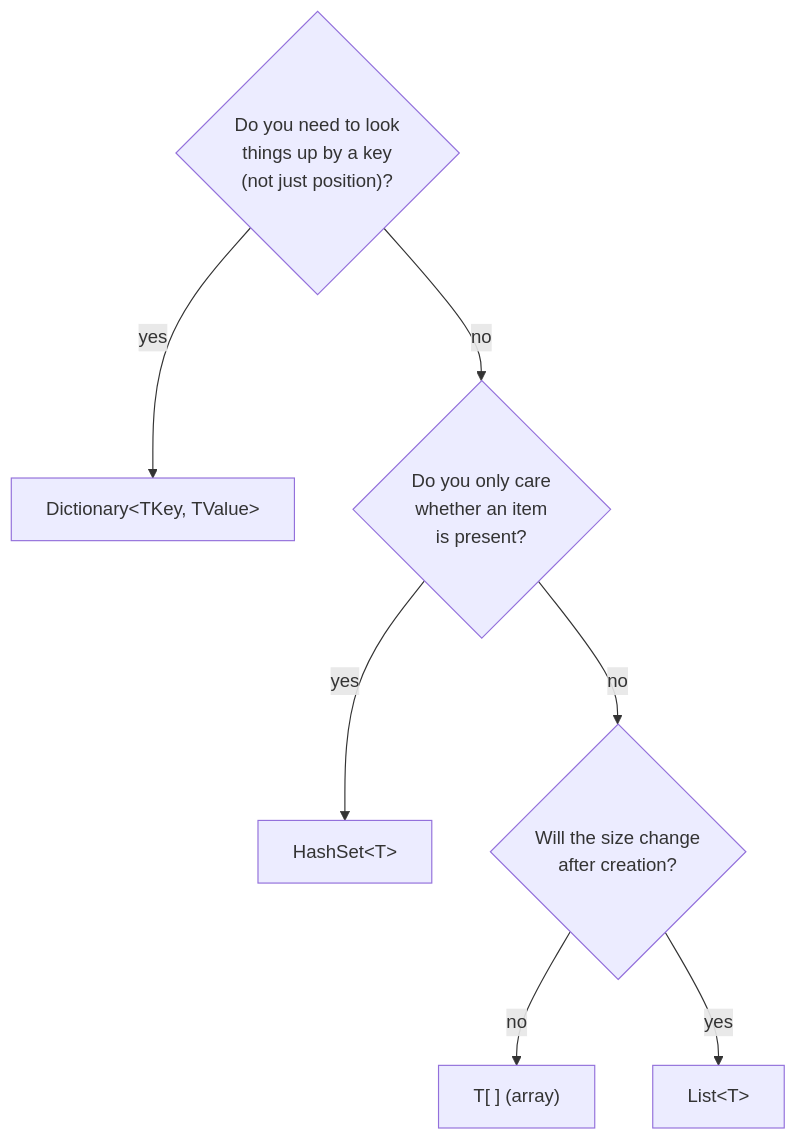
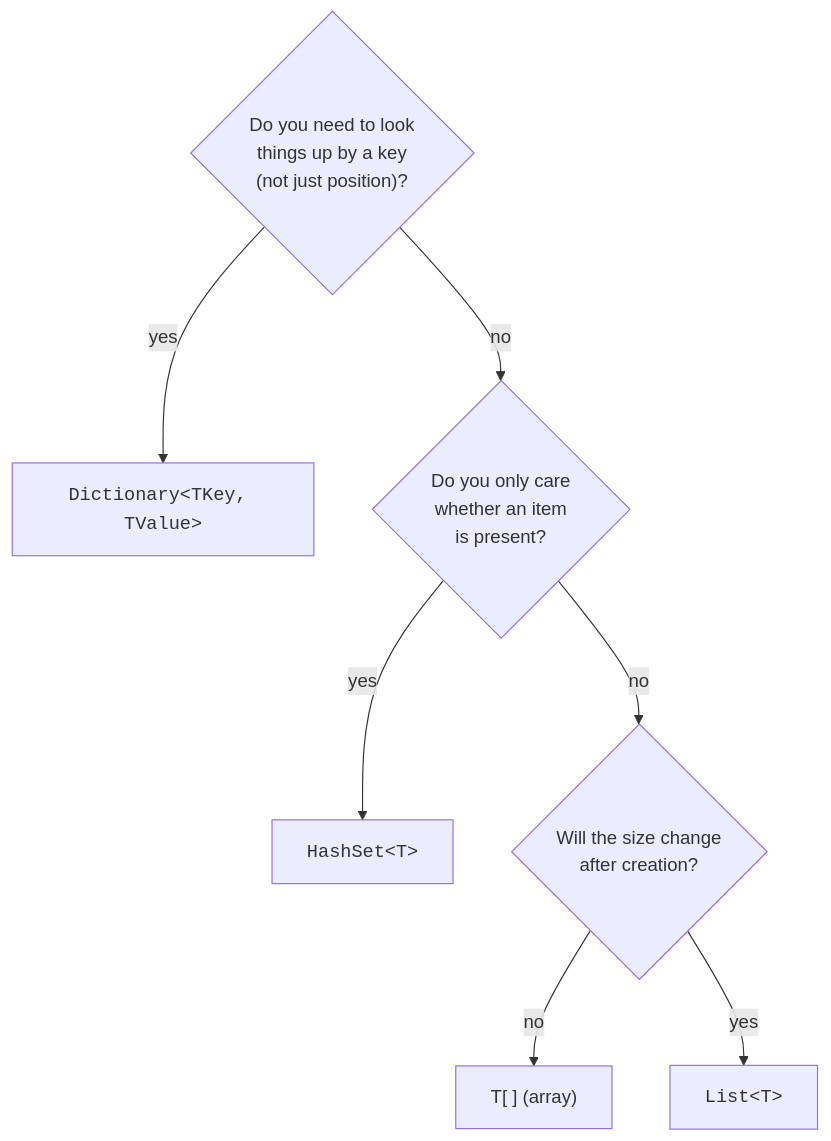
Before and after one commit to dataslope/dataslope: the diagram in content/learn/intro-modern-csharp/collections.mdx, drawn with Mermaid. The commit also changed 153 other files, not shown here.

First line of the commit message:
Render code-only mermaid shapes in monospace; convert step sequences to Steps

````diff
--- a/content/learn/intro-modern-csharp/collections.mdx
+++ b/content/learn/intro-modern-csharp/collections.mdx
@@ -136,10 +136,10 @@
 ```mermaid
 flowchart TD
     Q1{"Do you need to look<br/>things up by a key<br/>(not just position)?"}
-    Q1 -- yes --> D["Dictionary&lt;TKey, TValue&gt;"]
+    Q1 -- yes --> D["<code>Dictionary&lt;TKey, TValue&gt;</code>"]
     Q1 -- no --> Q2{"Do you only care<br/>whether an item<br/>is present?"}
-    Q2 -- yes --> S["HashSet&lt;T&gt;"]
+    Q2 -- yes --> S["<code>HashSet&lt;T&gt;</code>"]
     Q2 -- no --> Q3{"Will the size change<br/>after creation?"}
     Q3 -- no --> A["T[ ] (array)"]
-    Q3 -- yes --> L["List&lt;T&gt;"]
+    Q3 -- yes --> L["<code>List&lt;T&gt;</code>"]
 ```
````
